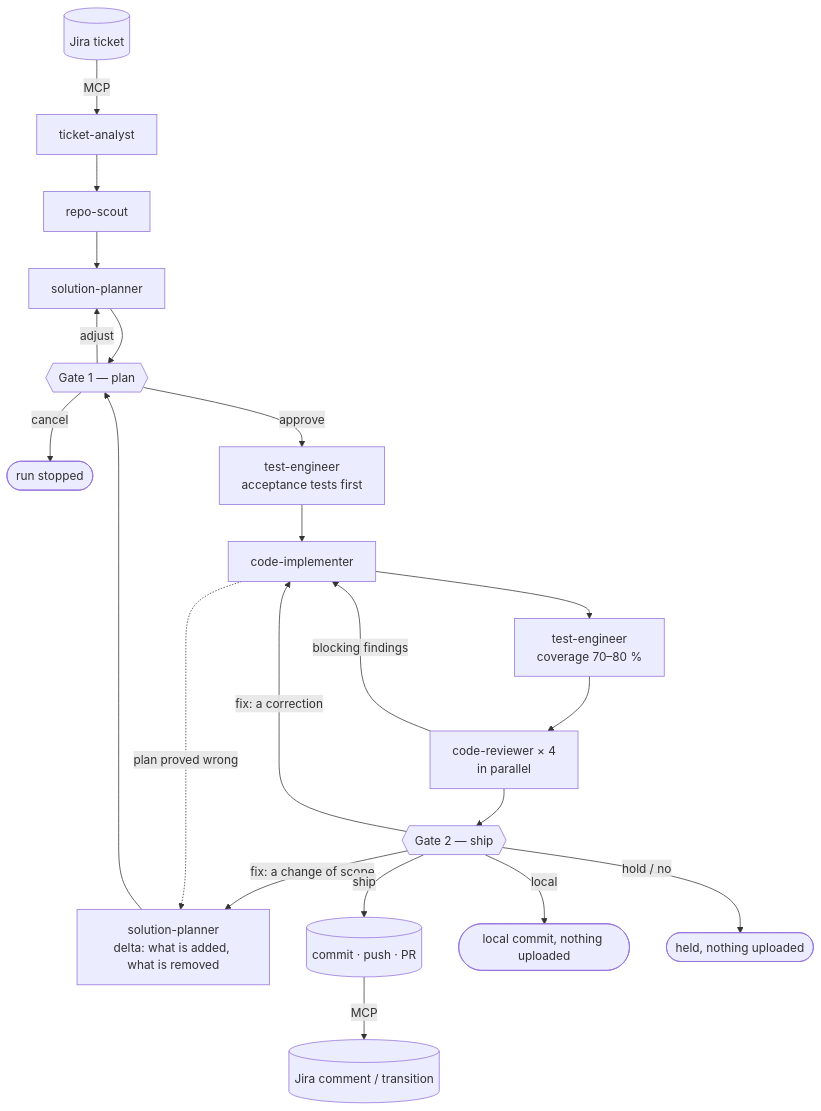
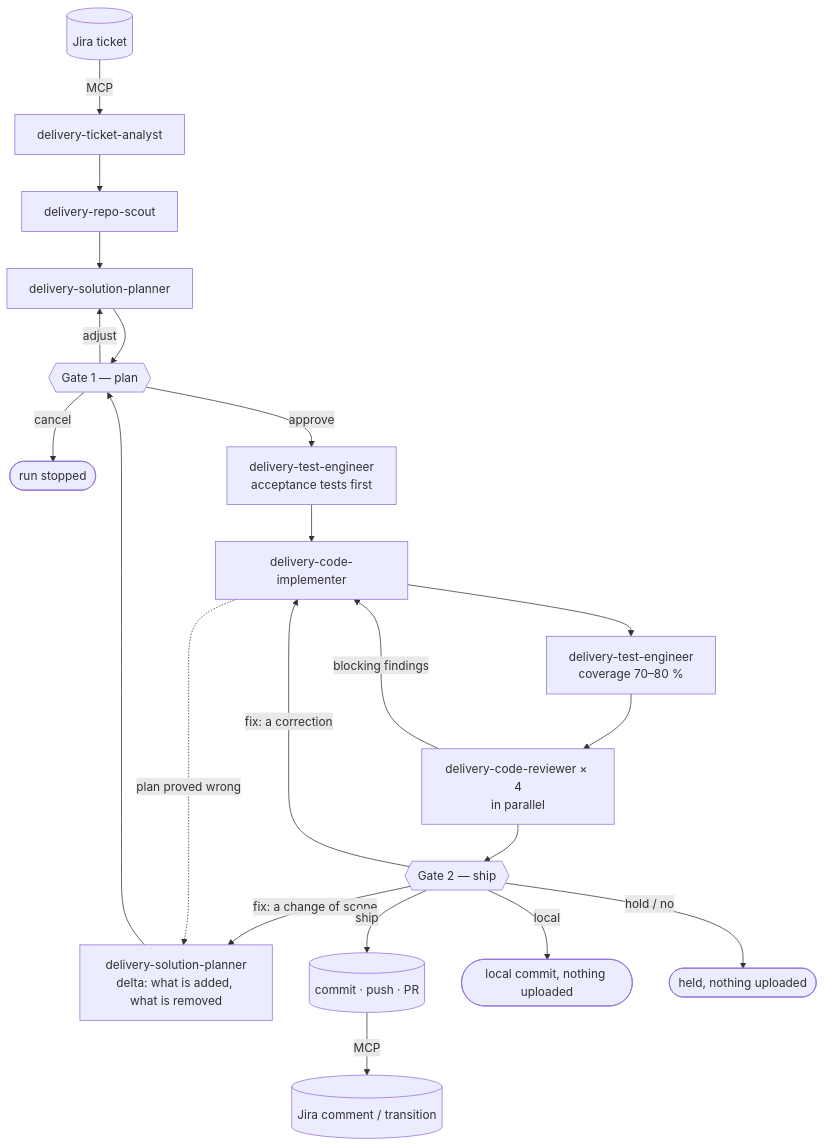
The diagram in README.md (grananda/ai-enabler), drawn with Mermaid before and after one commit. The commit also changed other lines of this file and 32 other files, not shown here.

````diff
--- a/README.md
+++ b/README.md
@@ -14,23 +14,23 @@
 ```mermaid
 flowchart TD
-    J[(Jira ticket)] -->|MCP| A[ticket-analyst]
-    A --> S[repo-scout]
-    S --> P[solution-planner]
+    J[(Jira ticket)] -->|MCP| A[delivery-ticket-analyst]
+    A --> S[delivery-repo-scout]
+    S --> P[delivery-solution-planner]
     P --> G1{{"Gate 1 — plan"}}
     G1 -->|adjust| P
     G1 -->|cancel| X([run stopped])
-    G1 -->|approve| AT["test-engineer<br/>acceptance tests first"]
-    AT --> I[code-implementer]
-    I --> T["test-engineer<br/>coverage 70–80 %"]
-    T --> R["code-reviewer × 4<br/>in parallel"]
+    G1 -->|approve| AT["delivery-test-engineer<br/>acceptance tests first"]
+    AT --> I[delivery-code-implementer]
+    I --> T["delivery-test-engineer<br/>coverage 70–80 %"]
+    T --> R["delivery-code-reviewer × 4<br/>in parallel"]
     R -->|blocking findings| I
     R --> G2{{"Gate 2 — ship"}}
     G2 -->|"fix: a correction"| I
-    G2 -->|"fix: a change of scope"| DL["solution-planner<br/>delta: what is added, what is removed"]
+    G2 -->|"fix: a change of scope"| DL["delivery-solution-planner<br/>delta: what is added, what is removed"]
     I -.->|plan proved wrong| DL
     DL --> G1
     G2 -->|ship| PR[(commit · push · PR)]
     PR -->|MCP| JU[(Jira comment / transition)]
     G2 -->|local| LC([local commit, nothing uploaded])
     G2 -->|"hold / no"| H([held, nothing uploaded])
 ```
````
